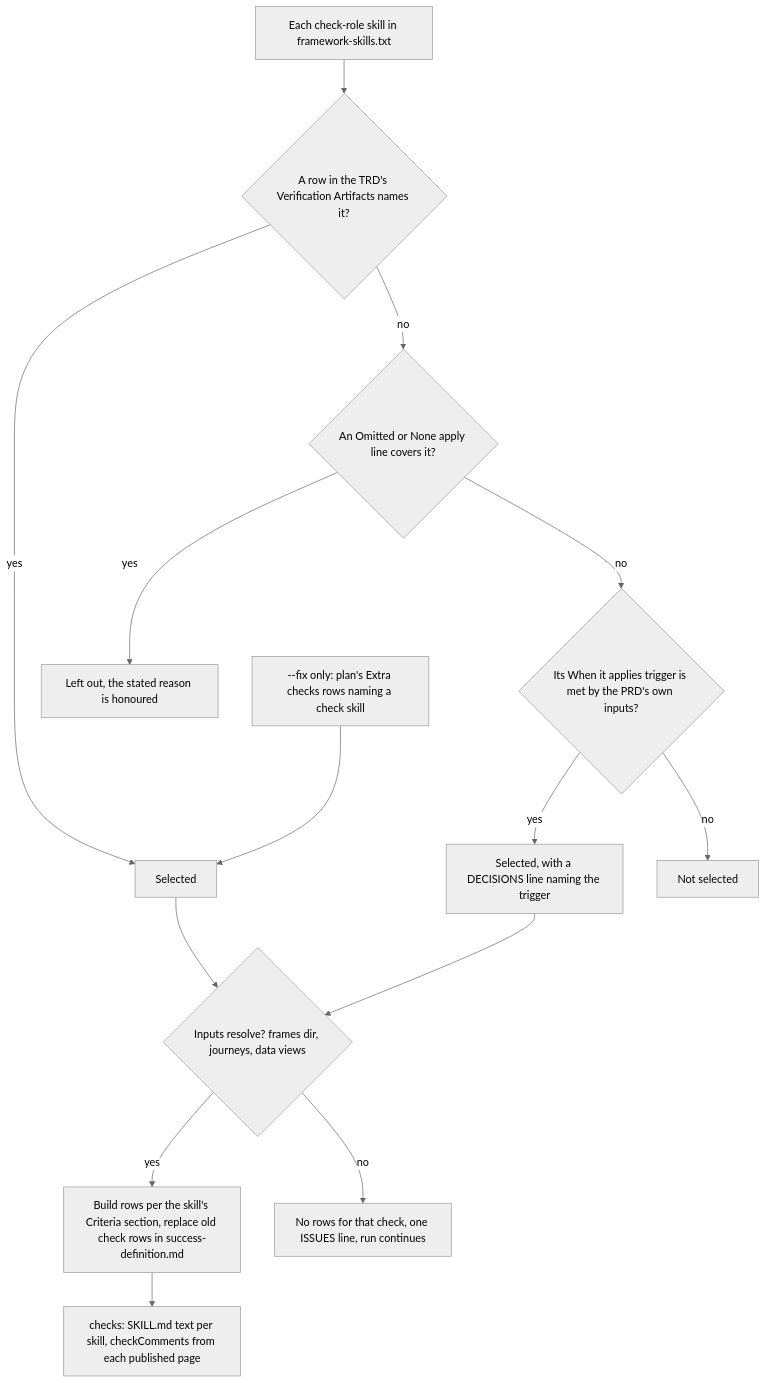
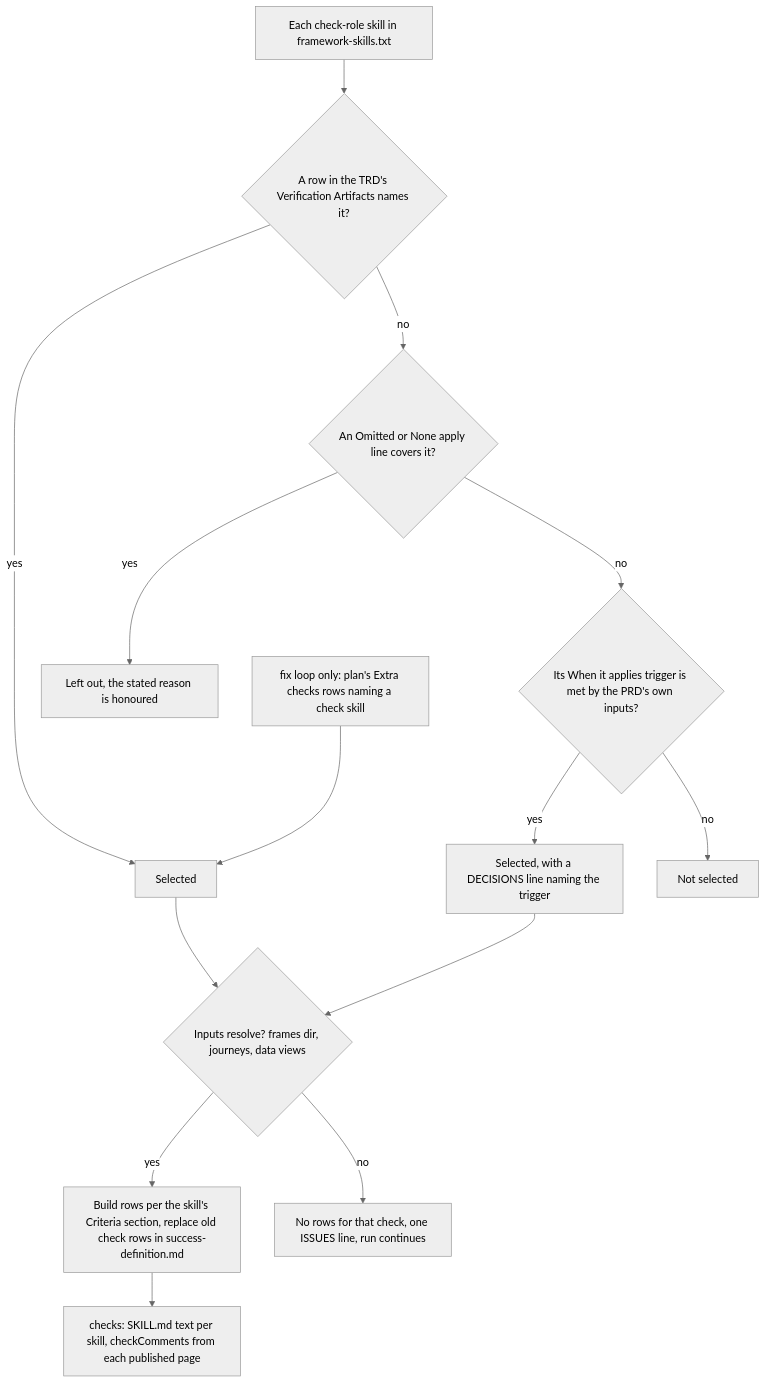
One commit to FortiumPartners/ensemble-vnext changed the first of 3 diagrams in docs/reference/verification.md. Above: the diagram before and after it, drawn with Mermaid (neutral theme). The commit also changed other lines of this file and 128 other files, not shown here.

````diff
--- a/docs/reference/verification.md
+++ b/docs/reference/verification.md
@@ -125,16 +147,16 @@
 ```mermaid
 flowchart TD
     A["Each check-role skill in framework-skills.txt"] --> B{"A row in the TRD's Verification Artifacts names it?"}
     B -- yes --> SEL["Selected"]
     B -- no --> C{"An Omitted or None apply line covers it?"}
     C -- yes --> OUT["Left out, the stated reason is honoured"]
     C -- no --> D{"Its When it applies trigger is met by the PRD's own inputs?"}
     D -- yes --> SEL2["Selected, with a DECISIONS line naming the trigger"]
     D -- no --> OUT2["Not selected"]
-    FIX["--fix only: plan's Extra checks rows naming a check skill"] --> SEL
+    FIX["fix loop only: plan's Extra checks rows naming a check skill"] --> SEL
     SEL --> E{"Inputs resolve? frames dir, journeys, data views"}
     SEL2 --> E
     E -- yes --> ROWS["Build rows per the skill's Criteria section, replace old check rows in success-definition.md"]
     E -- no --> ISS["No rows for that check, one ISSUES line, run continues"]
     ROWS --> TXT["checks: SKILL.md text per skill, checkComments from each published page"]
 ```
````
